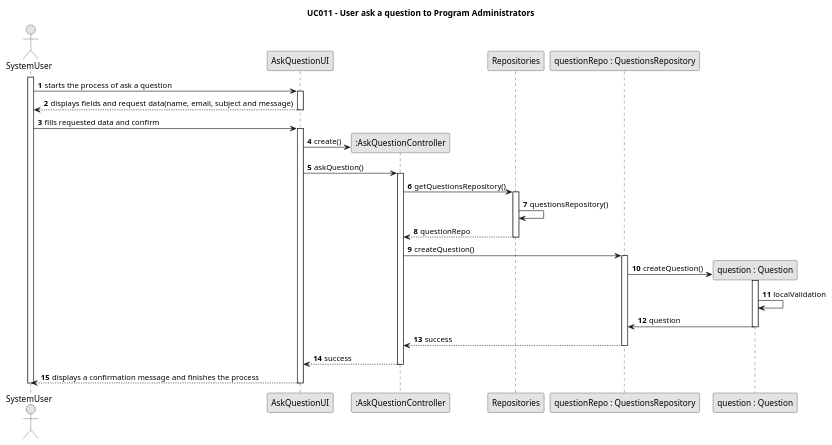
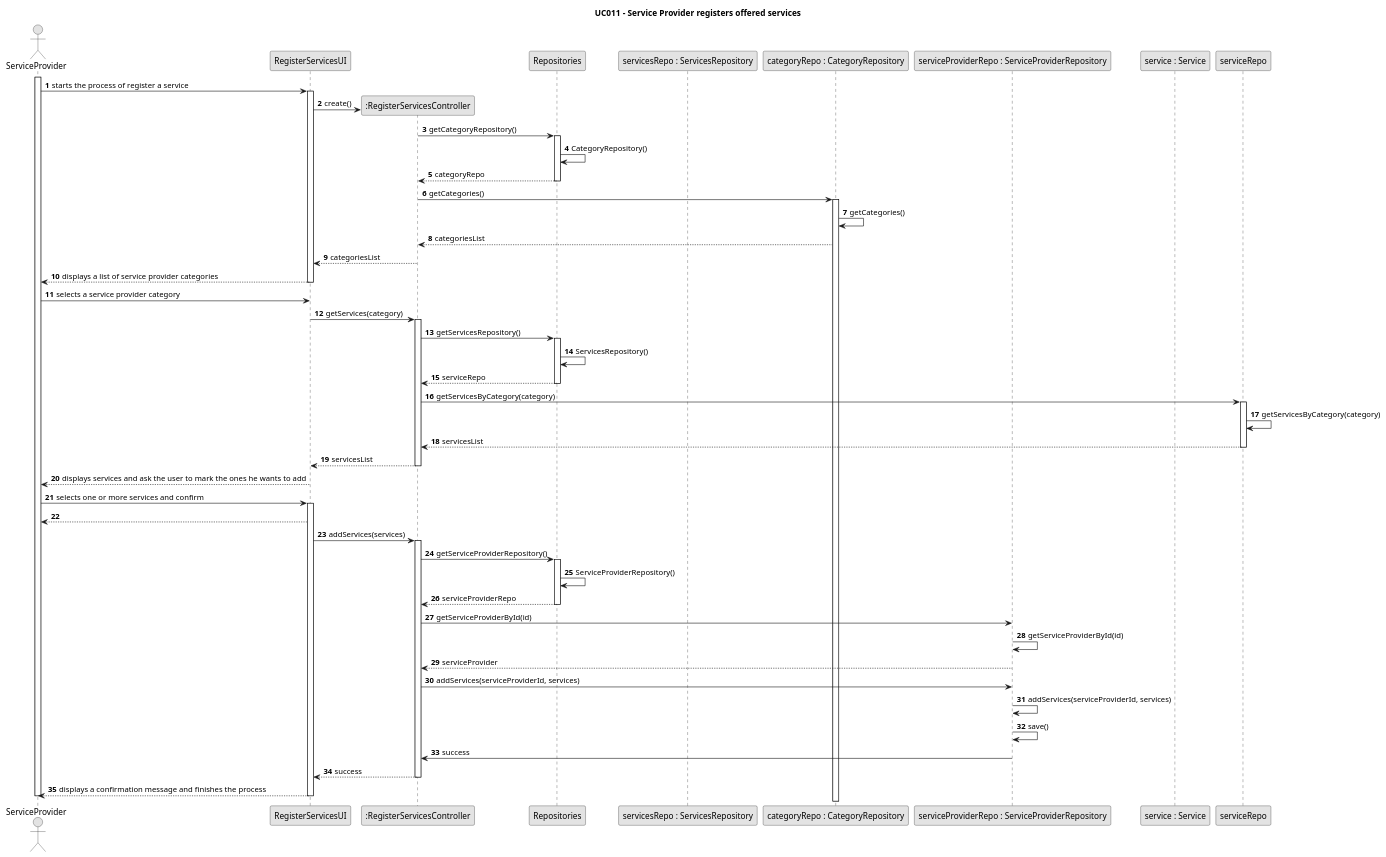
The diagram in javaSprint2GladlyGiven/Docs/UseCases/uc011/design/uc011-SD.puml (Chirano/GladlyGiven), drawn with PlantUML before and after one commit. The commit also changed 49 other files, not shown here.

```diff
--- a/javaSprint2GladlyGiven/Docs/UseCases/uc011/design/uc011-SD.puml
+++ b/javaSprint2GladlyGiven/Docs/UseCases/uc011/design/uc011-SD.puml
@@ -1,49 +1,79 @@
 @startuml
 skinparam monochrome true
 skinparam packageStyle rectangle
 skinparam shadowing false
 
-title UC011 - User ask a question to Program Administrators
+title UC011 - Service Provider registers offered services
 
 autonumber
 
-actor SystemUser
+actor ServiceProvider
 
-participant "AskQuestionUI" as ui
-participant ":AskQuestionController" as ctrl
+participant "RegisterServicesUI" as ui
+participant ":RegisterServicesController" as ctrl
 participant Repositories
-participant "questionRepo : QuestionsRepository" as questionRepo
-participant "question : Question" as question
+participant "servicesRepo : ServicesRepository" as servicesRepo
+participant "categoryRepo : CategoryRepository" as categoryRepo
+participant "serviceProviderRepo : ServiceProviderRepository" as serviceProviderRepo
+participant "service : Service" as service
 
-activate SystemUser
-    SystemUser -> ui : starts the process of ask a question
-    activate ui
-        ui --> SystemUser: displays fields and request data(name, email, subject and message)
-    deactivate ui
-
-    SystemUser -> ui : fills requested data and confirm
+activate ServiceProvider
+    ServiceProvider -> ui : starts the process of register a service
     activate ui
         ui -> ctrl** : create()
-        ui -> ctrl : askQuestion()
+            ctrl -> "Repositories" : getCategoryRepository()
+                activate "Repositories"
+                    "Repositories" -> "Repositories" : CategoryRepository()
+                    "Repositories" --> ctrl : categoryRepo
+                deactivate "Repositories"
+            ctrl -> categoryRepo : getCategories()
+                activate categoryRepo
+                    categoryRepo -> categoryRepo : getCategories()
+                    categoryRepo --> ctrl : categoriesList
+                deactivate serviceRepo
+            ctrl --> ui : categoriesList
+            deactivate ctrl
+        ui --> ServiceProvider : displays a list of service provider categories
+    deactivate ui
+    ServiceProvider -> ui: selects a service provider category
+        ui -> ctrl: getServices(category)
+            activate ctrl
+            ctrl -> "Repositories" : getServicesRepository()
+                activate "Repositories"
+                    "Repositories" -> "Repositories" : ServicesRepository()
+                    "Repositories" --> ctrl : serviceRepo
+                deactivate "Repositories"
+            ctrl -> serviceRepo : getServicesByCategory(category)
+                activate serviceRepo
+                    serviceRepo -> serviceRepo : getServicesByCategory(category)
+                    serviceRepo --> ctrl : servicesList
+                deactivate serviceRepo
+            ctrl --> ui : servicesList
+            deactivate ctrl
+        ui --> ServiceProvider: displays services and ask the user to mark the ones he wants to add
+       deactivate ui
+    ServiceProvider -> ui : selects one or more services and confirm
+    activate ui
+        ui --> ServiceProvider :
+        ui -> ctrl : addServices(services)
         activate ctrl
-            ctrl -> Repositories : getQuestionsRepository()
-            activate Repositories
-                Repositories -> Repositories : questionsRepository()
-                Repositories-->ctrl : questionRepo
-            deactivate Repositories
-            ctrl -> questionRepo : createQuestion()
-            activate questionRepo
-                questionRepo -> question** : createQuestion()
-                activate question
-                question -> question : localValidation
-                question -> questionRepo : question
-                deactivate question
-                questionRepo --> ctrl : success
-            deactivate questionRepo
+            ctrl -> "Repositories" : getServiceProviderRepository()
+                activate "Repositories"
+                    "Repositories" -> "Repositories" : ServiceProviderRepository()
+                    "Repositories" --> ctrl : serviceProviderRepo
+                deactivate "Repositories"
+            ctrl -> serviceProviderRepo : getServiceProviderById(id)
+                serviceProviderRepo -> serviceProviderRepo : getServiceProviderById(id)
+                serviceProviderRepo --> ctrl : serviceProvider
+            ctrl -> serviceProviderRepo : addServices(serviceProviderId, services)
+                    serviceProviderRepo -> serviceProviderRepo : addServices(serviceProviderId, services)
+                    serviceProviderRepo -> serviceProviderRepo : save()
+                    serviceProviderRepo -> ctrl : success
+                 deactivate serviceProviderRepo
             ctrl --> ui : success
             deactivate ctrl
-            ui --> SystemUser : displays a confirmation message and finishes the process
+            ui --> ServiceProvider : displays a confirmation message and finishes the process
     deactivate ui
-deactivate SystemUser
+deactivate ServiceProvider
 
 @enduml
```
